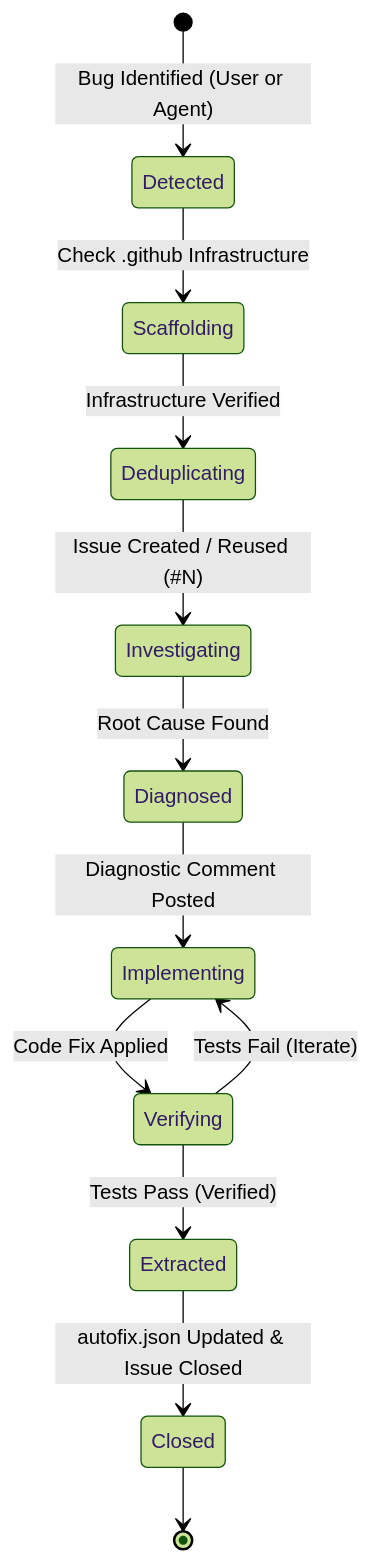
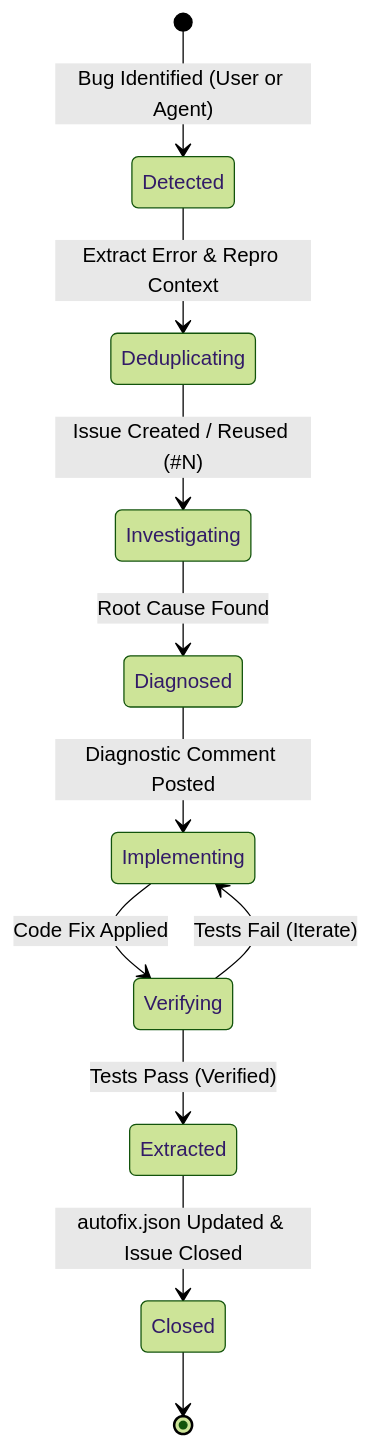
Before and after one commit to BIGboss248/nextjs-wordpress: the diagram in .agents/skills/github-triage/references/triage-lifecycle.md, drawn with Mermaid (forest theme). The commit also changed other lines of this file and 21 other files, not shown here.

````diff
--- a/.agents/skills/github-triage/references/triage-lifecycle.md
+++ b/.agents/skills/github-triage/references/triage-lifecycle.md
@@ -9,14 +9,13 @@
 ```mermaid
 stateDiagram-v2
     [*] --> Detected: Bug Identified (User or Agent)
-    Detected --> Scaffolding: Check .github Infrastructure
-    Scaffolding --> Deduplicating: Infrastructure Verified
+    Detected --> Deduplicating: Extract Error & Repro Context
     Deduplicating --> Investigating: Issue Created / Reused (#N)
     Investigating --> Diagnosed: Root Cause Found
     Diagnosed --> Implementing: Diagnostic Comment Posted
     Implementing --> Verifying: Code Fix Applied
     Verifying --> Implementing: Tests Fail (Iterate)
     Verifying --> Extracted: Tests Pass (Verified)
     Extracted --> Closed: autofix.json Updated & Issue Closed
     Closed --> [*]
 ```
````
